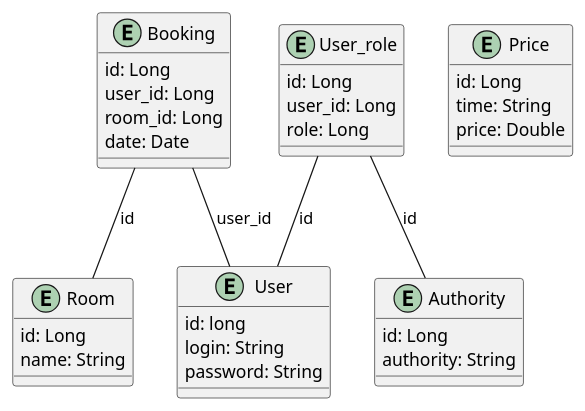
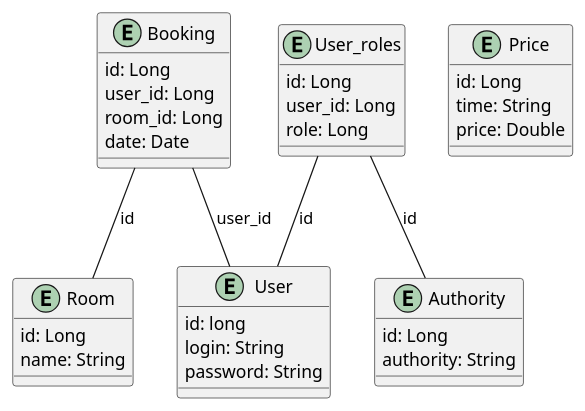
Before and after one commit to Renaon/TieflingCRM: the diagram in Schemes/DB.puml, drawn with PlantUML. The commit also changed 16 other files, not shown here.

```diff
--- a/Schemes/DB.puml
+++ b/Schemes/DB.puml
@@ -1,44 +1,44 @@
 @startuml
 'https://plantuml.com/class-diagram
 
 entity User{
     id: long
     login: String
     password: String
 }
 
 entity Booking{
     id: Long
     user_id: Long
     room_id: Long
     date: Date
 }
 
 entity Authority{
     id: Long
     authority: String
 }
 
-entity User_role{
+entity User_roles{
     id: Long
     user_id: Long
     role: Long
 }
 
 entity Room{
     id: Long
     name: String
 }
 
 entity Price{
     id: Long
     time: String
     price: Double
 }
 
-User_role -- User: id
-User_role -- Authority: id
+User_roles -- User: id
+User_roles -- Authority: id
 
 Booking -- User: user_id
 Booking -- Room: id
 @enduml
```
